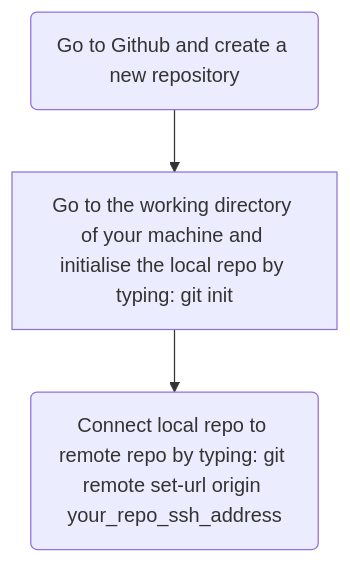
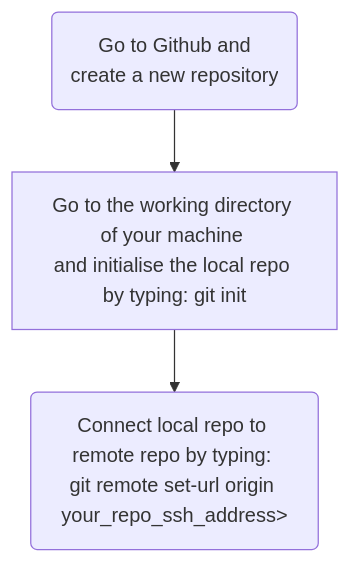
Before and after one commit to Filpill/blog-web: the first of 5 diagrams in content/projects/github.md, drawn with Mermaid. The commit also changed other lines of this file and 6 other files, not shown here.

Commit message:
editted data system post + mermaid diagram added

```diff
--- a/content/projects/github.md
+++ b/content/projects/github.md
@@ -27,5 +27,5 @@
 {{<mermaid>}}
 graph TD;
-    A(Go to Github and create a new repository)-->B[Go to the working directory of your machine and initialise the local repo by typing: git init]
-    B-->C(Connect local repo to remote repo by typing: git remote set-url origin your_repo_ssh_address)
+    A(Go to Github and<br> create a new repository)-->B[Go to the working directory of your machine <br>and initialise the local repo by typing: git init]
+    B-->C(Connect local repo to remote repo by typing: <br>git remote set-url origin your_repo_ssh_address>)
 {{< /mermaid >}}
```
